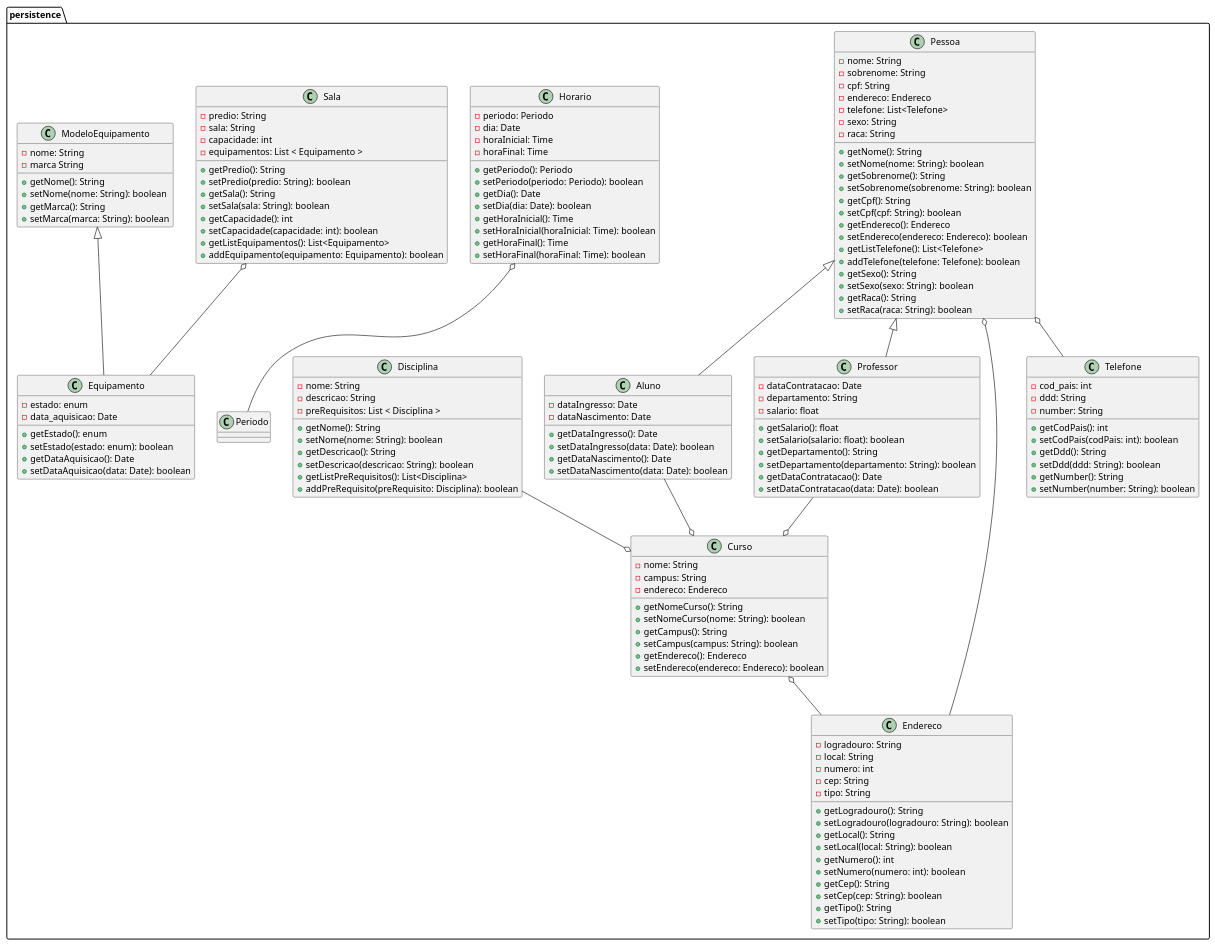
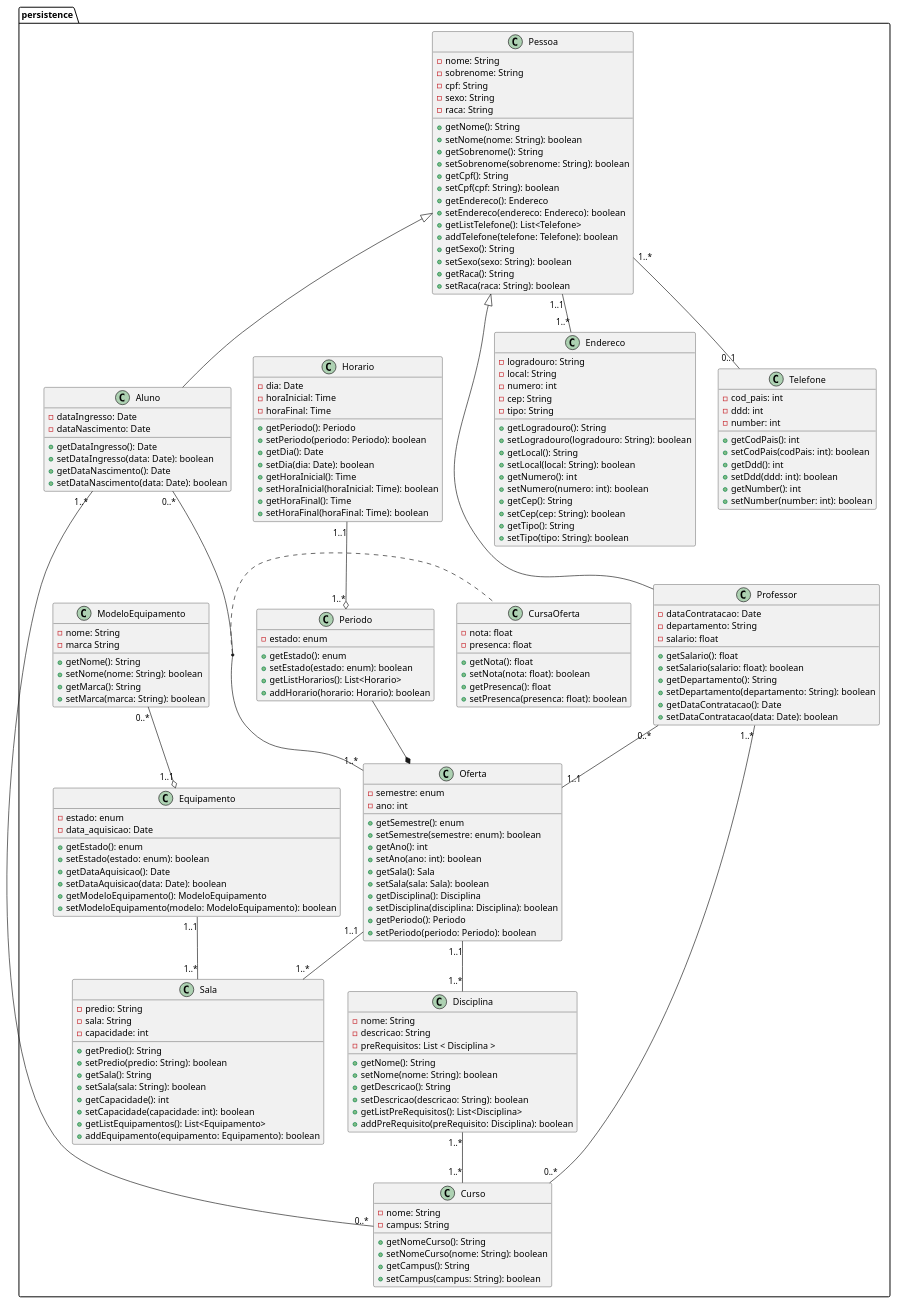
The diagram in assets/diagrama-de-classe.puml (lknupp/sistema-de-gestao-academico), drawn with PlantUML before and after one commit.

Commit message:
feat: improved class diagram

```diff
--- a/assets/diagrama-de-classe.puml
+++ b/assets/diagrama-de-classe.puml
@@ -1,12 +1,13 @@
 @startuml trabalho_engenharia_persistence
 
 package "persistence" {
+    ' A classe Pessoa tem os métodos get e set para lista telefônica e
+    ' endereço, pois tais classes estão presentes na classe Pessoa, só
+    ' não estão presentes no diagrama pois a relação já indica a presença.
     class Pessoa {
         - nome: String
         - sobrenome: String
         - cpf: String
-        - endereco: Endereco
-        - telefone: List<Telefone>
         - sexo: String
         - raca: String
 
@@ -26,8 +27,17 @@
         + setRaca(raca: String): boolean
     }
 
+
+    '  Aluno herda da classe Pessoa
     Pessoa <|-- Aluno
-    Aluno --o Curso
+    ' A relação de aluno para curso é de 1 para muitos, pois um aluno pode
+    ' estar matriculado em mais de um curso. Já a relação de curso para aluno
+    ' é de 0 para muitos, pois um curso pode não ter nenhum aluno matriculado.
+    Aluno "1..*" -- "0..*" Curso
+    ' Um aluno pode estar em zero ou mais ofertas, porém uma oferta deve ter
+    ' pelo menos um aluno.
+    Aluno "0..*" -- "1..*" Oferta
+    (Aluno, Oferta) .. CursaOferta
     class Aluno {
         - dataIngresso: Date
         - dataNascimento: Date
@@ -38,8 +48,26 @@
         + setDataNascimento(data: Date): boolean
     }
 
+    class CursaOferta {
+        - nota: float
+        - presenca: float
+
+        + getNota(): float
+        + setNota(nota: float): boolean
+        + getPresenca(): float
+        + setPresenca(presenca: float): boolean
+    }
+
+    
+    ' Professor herda da classe Pessoa.
     Pessoa <|-- Professor
-    Professor --o Curso
+    ' A relação de professor para curso é de 1 para muitos, pois um professor
+    ' pode lecionar em mais de um curso. Já a relação de curso para professor
+    ' é de 0 para muitos, pois um curso pode não ter nenhum professor lecionando.
+    Professor "1..*" -- "0..*" Curso
+    ' Um professor pode lecionar zero ou mais ofertas, porém uma oferta só pode
+    ' ter um professor.
+    Professor "0..*" -- "1..1" Oferta
     class Professor {
         - dataContratacao: Date
         - departamento: String
@@ -53,8 +81,9 @@
         + setDataContratacao(data: Date): boolean
     }
 
-    Pessoa o-- Endereco
-    Curso o-- Endereco
+    ' Uma pessoa só pode ter um endereço, mas um endereço pode estar
+    ' associado a mais de uma pessoa.
+    Pessoa "1..1" -- "1..*" Endereco
     class Endereco {
         - logradouro: String
         - local: String
@@ -74,34 +103,36 @@
         + setTipo(tipo: String): boolean
     }
 
-    Pessoa o-- Telefone
+
+    ' A relação é simples, já que uma pessoa pode ter vários telefones,
+    ' mas um telefone pode ou não estar associado a uma pessoa.
+    Pessoa "1..*" -- "0..1" Telefone
     class Telefone {
         - cod_pais: int
-        - ddd: String
-        - number: String
+        - ddd: int
+        - number: int
 
         + getCodPais(): int
         + setCodPais(codPais: int): boolean
-        + getDdd(): String
-        + setDdd(ddd: String): boolean
-        + getNumber(): String
-        + setNumber(number: String): boolean
+        + getDdd(): int
+        + setDdd(ddd: int): boolean
+        + getNumber(): int
+        + setNumber(number: int): boolean
     }
 
     class Curso{
         - nome: String
         - campus: String
-        - endereco: Endereco
 
         + getNomeCurso(): String
         + setNomeCurso(nome: String): boolean
         + getCampus(): String
         + setCampus(campus: String): boolean
-        + getEndereco(): Endereco
-        + setEndereco(endereco: Endereco): boolean
     }
 
-    Disciplina --o Curso
+    ' A relação é de muitos para muitos para as duas classes. 
+    ' Dessa forma, não existe uma relação de agregação ou composição.
+    Disciplina "1..*" -- "1..*" Curso
     class Disciplina {
         - nome: String
         - descricao: String
@@ -115,9 +146,31 @@
         + addPreRequisito(preRequisito: Disciplina): boolean
     }
 
-    Horario o-- Periodo
+    ' Uma oferta só pode estar associada a uma disciplina, mas uma disciplina
+    ' pode ter várias ofertas. Da mesma forma, uma oferta só pode ser ministrada
+    ' em uma sala, mas uma sala pode ter várias ofertas durante os horários.
+    ' Além disso, Sala e Disciplina estão ímplicitos na classe Oferta, por isso
+    ' não estão presentes no diagrama.
+    Oferta "1..1" -- "1..*" Disciplina
+    Oferta "1..1" -- "1..*" Sala
+    class Oferta {
+        - semestre: enum
+        - ano: int
+
+        + getSemestre(): enum
+        + setSemestre(semestre: enum): boolean
+        + getAno(): int
+        + setAno(ano: int): boolean
+        + getSala(): Sala
+        + setSala(sala: Sala): boolean
+        + getDisciplina(): Disciplina
+        + setDisciplina(disciplina: Disciplina): boolean
+        + getPeriodo(): Periodo
+        + setPeriodo(periodo: Periodo): boolean
+    }
+
+    Horario "1..1" --o "1..*" Periodo
     class Horario {
-        - periodo: Periodo
         - dia: Date
         - horaInicial: Time
         - horaFinal: Time
@@ -131,13 +184,26 @@
         + getHoraFinal(): Time
         + setHoraFinal(horaFinal: Time): boolean
     }
-    
-    Sala o-- Equipamento
+
+    ' Periodo só vai existir a partir de uma oferta, por isso a relação
+    ' é de composição. Além disso, um período só pode estar associado a 
+    ' uma oferta, e uma oferta só pode ter um período.
+    Periodo --* Oferta
+    class Periodo {
+        - estado: enum
+
+        + getEstado(): enum
+        + setEstado(estado: enum): boolean
+        + getListHorarios(): List<Horario>
+        + addHorario(horario: Horario): boolean
+    }
+
+    ' Sala tem get e set para equipamentos, mas os atributos
+    ' estão implícitos na classe Sala.
     class Sala {
         - predio: String
         - sala: String
         - capacidade: int
-        - equipamentos: List < Equipamento >
 
         + getPredio(): String
         + setPredio(predio: String): boolean
@@ -149,6 +215,11 @@
         + addEquipamento(equipamento: Equipamento): boolean
     }
 
+    ' A relação é de agregação, visto que ModeloEquipamento complementa Equipamento.
+    ' Além disso, um modelo de equipamento pode estar associado 
+    ' a mais de um equipamento, mas um equipamento só pode estar
+    ' associado a um modelo de equipamento.
+    ModeloEquipamento "0..*" --o "1..1" Equipamento
     class ModeloEquipamento {
         - nome: String
         - marca String
@@ -159,7 +230,9 @@
         + setMarca(marca: String): boolean
     }
 
-    ModeloEquipamento <|-- Equipamento
+    ' Um equipamento só pode estar em uma sala. Porém, uma sala pode ter
+    ' vários equipamentos.
+    Equipamento "1..1" -- "1..*" Sala
     class Equipamento {
         - estado: enum
         - data_aquisicao: Date
@@ -168,6 +241,8 @@
         + setEstado(estado: enum): boolean
         + getDataAquisicao(): Date
         + setDataAquisicao(data: Date): boolean
+        + getModeloEquipamento(): ModeloEquipamento
+        + setModeloEquipamento(modelo: ModeloEquipamento): boolean
     }
 }
 
```
